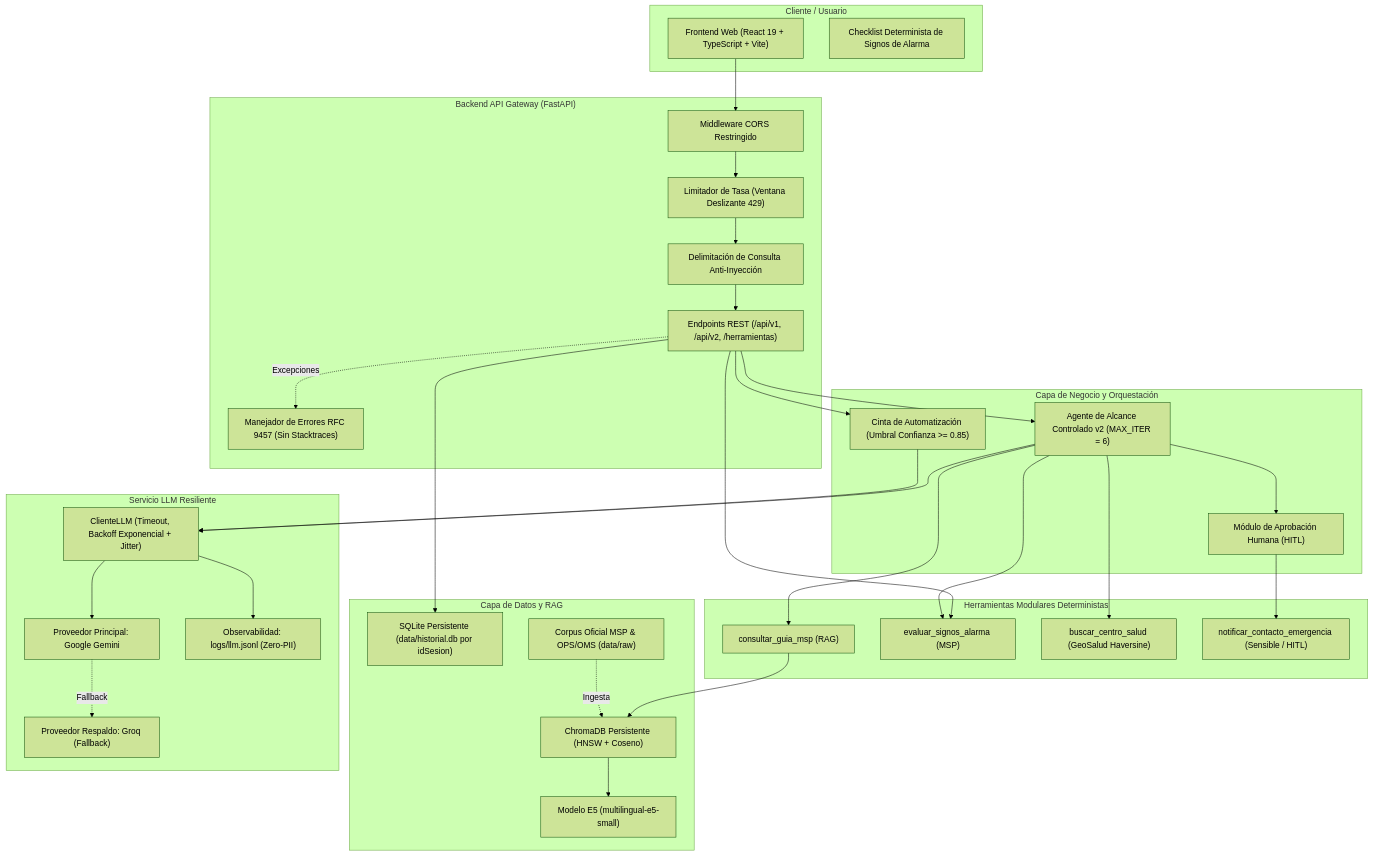
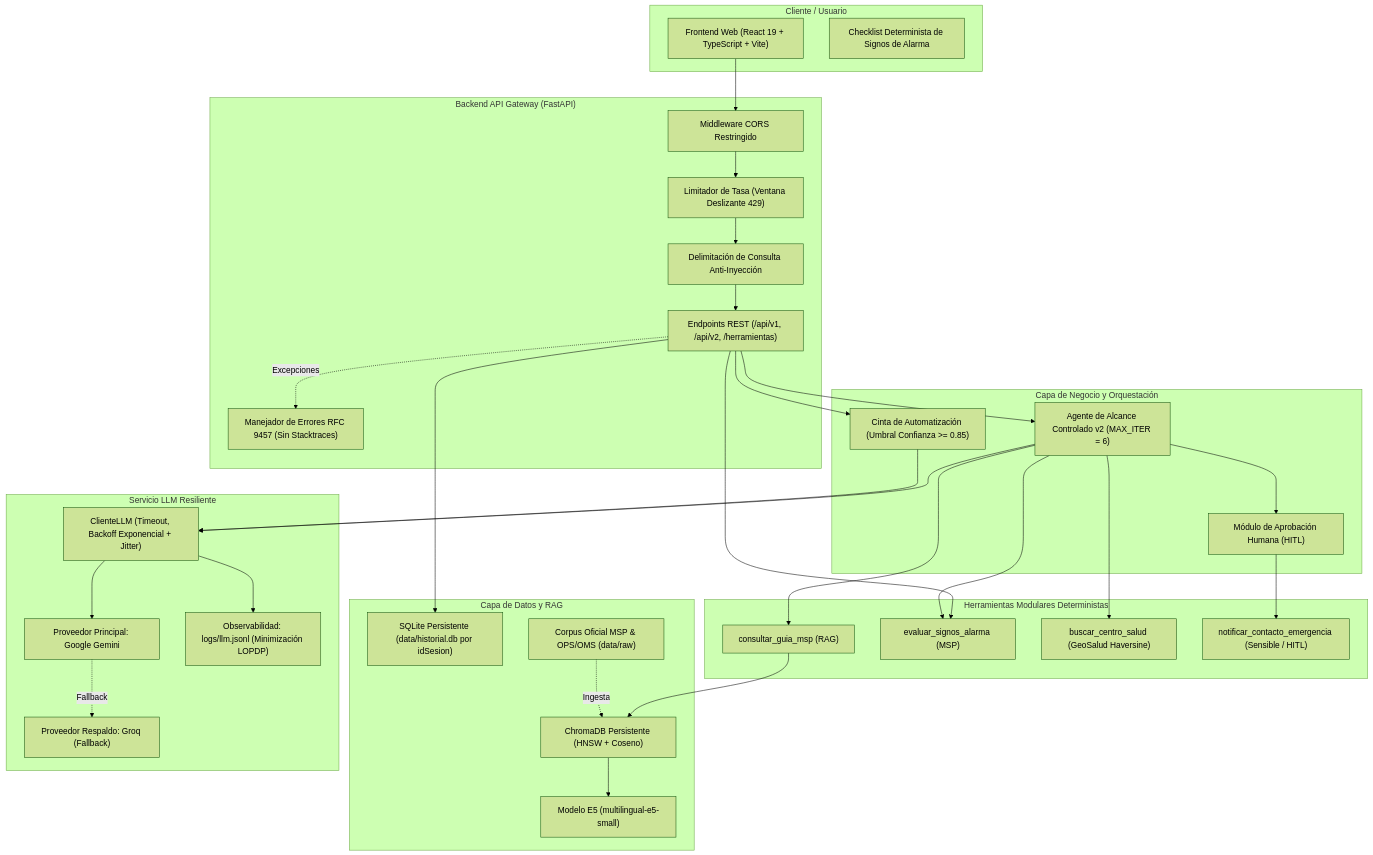
One commit to UNIPI6TO/PROY_GRADUACION_ASISTENTE_MEDICO_APP changed the diagram in README.md. Above: the diagram before and after it, drawn with Mermaid (forest theme). The commit also changed other lines of this file and 3 other files, not shown here.

````diff
--- a/README.md
+++ b/README.md
@@ -78,60 +78,60 @@
 ```mermaid
 flowchart TD
     subgraph Cliente["Cliente / Usuario"]
         UI["Frontend Web (React 19 + TypeScript + Vite)"]
         Checklist["Checklist Determinista de Signos de Alarma"]
     end
 
     subgraph Gateway["Backend API Gateway (FastAPI)"]
         Cors["Middleware CORS Restringido"]
         RateLimit["Limitador de Tasa (Ventana Deslizante 429)"]
         Sanitize["Delimitación de Consulta Anti-Inyección"]
         Endpoints["Endpoints REST (/api/v1, /api/v2, /herramientas)"]
         RFC9457["Manejador de Errores RFC 9457 (Sin Stacktraces)"]
     end
 
     subgraph Dominio["Capa de Negocio y Orquestación"]
         Agente["Agente de Alcance Controlado v2 (MAX_ITER = 6)"]
         FlujoAuto["Cinta de Automatización (Umbral Confianza >= 0.85)"]
         HITL["Módulo de Aprobación Humana (HITL)"]
     end
 
     subgraph Herramientas["Herramientas Modulares Deterministas"]
         T_RAG["consultar_guia_msp (RAG)"]
         T_Alarma["evaluar_signos_alarma (MSP)"]
         T_Geo["buscar_centro_salud (GeoSalud Haversine)"]
         T_Notif["notificar_contacto_emergencia (Sensible / HITL)"]
     end
 
     subgraph Datos["Capa de Datos y RAG"]
         Chroma["ChromaDB Persistente (HNSW + Coseno)"]
         Embeddings["Modelo E5 (multilingual-e5-small)"]
         SQLite["SQLite Persistente (data/historial.db por idSesion)"]
         DocsRaw["Corpus Oficial MSP & OPS/OMS (data/raw)"]
     end
 
     subgraph Proveedores["Servicio LLM Resiliente"]
         ClienteLLM["ClienteLLM (Timeout, Backoff Exponencial + Jitter)"]
         Gemini["Proveedor Principal: Google Gemini"]
         Groq["Proveedor Respaldo: Groq (Fallback)"]
-        Logs["Observabilidad: logs/llm.jsonl (Zero-PII)"]
+        Logs["Observabilidad: logs/llm.jsonl (Minimización LOPDP)"]
     end
 
     UI --> Cors --> RateLimit --> Sanitize --> Endpoints
     Endpoints --> Agente
     Endpoints --> FlujoAuto
     Endpoints --> T_Alarma
     Agente --> T_RAG
     Agente --> T_Alarma
     Agente --> T_Geo
     Agente --> HITL --> T_Notif
     T_RAG --> Chroma --> Embeddings
     DocsRaw -. Ingesta .-> Chroma
     Agente --> ClienteLLM
     FlujoAuto --> ClienteLLM
     ClienteLLM --> Gemini
     Gemini -. Fallback .-> Groq
     ClienteLLM --> Logs
     Endpoints --> SQLite
     Endpoints -. Excepciones .-> RFC9457
 ```
````
